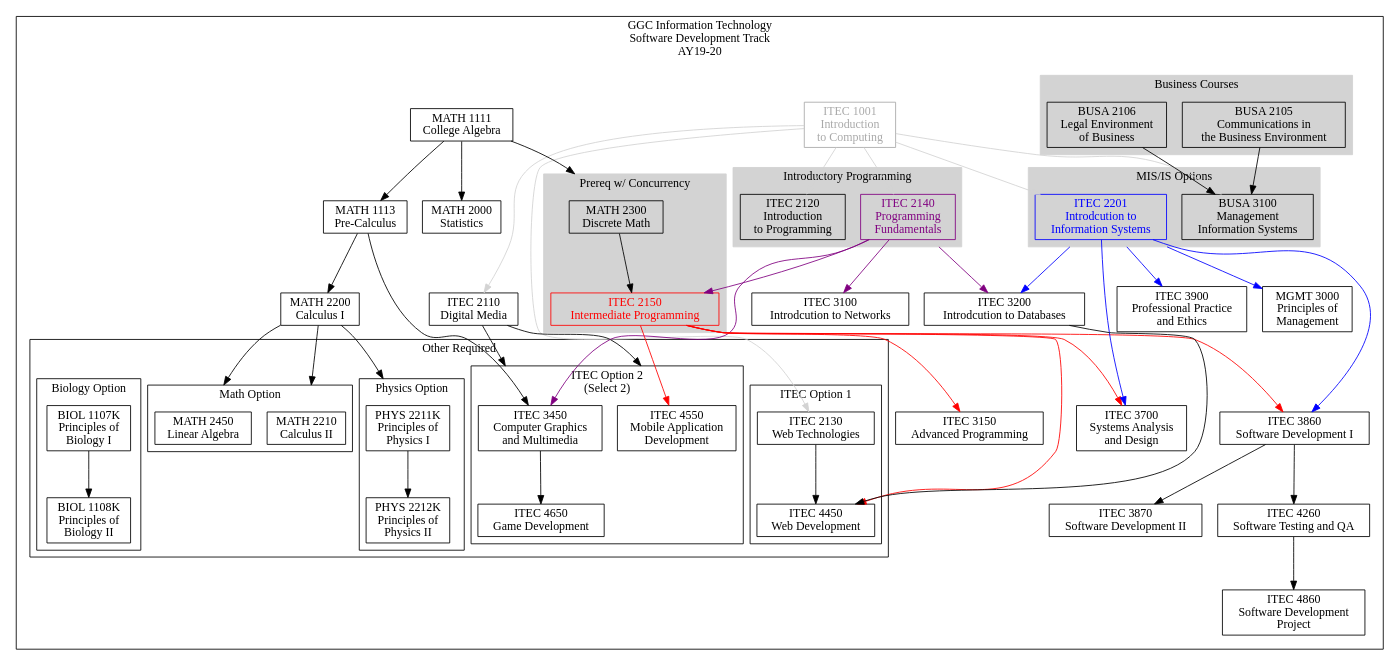
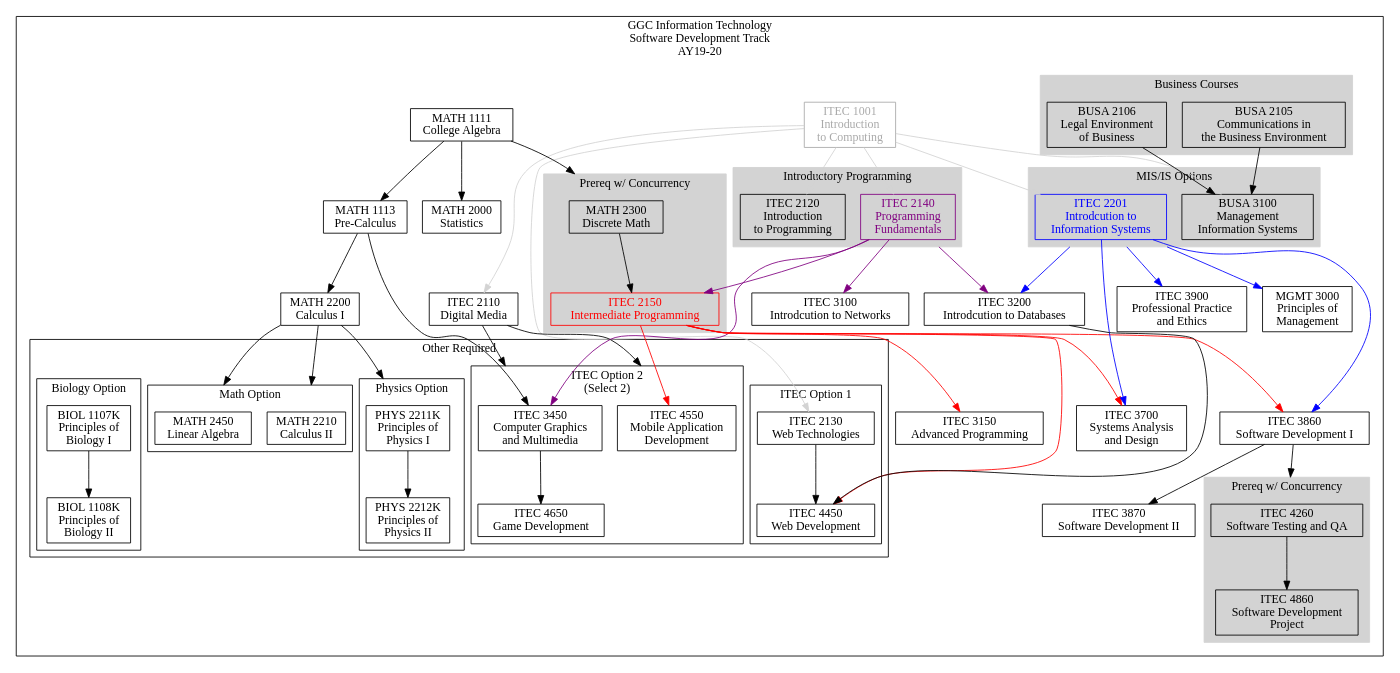
One commit to rjlutz/itec-plans changed the diagram in AY19-20/SoftwareDevelopment.dot. Above: the diagram before and after it, drawn with Graphviz. The commit also changed 1 other file, not shown here.

Commit message:
ITEC 4260/4860 is prereq w/concurrency, correct

```diff
--- a/AY19-20/SoftwareDevelopment.dot
+++ b/AY19-20/SoftwareDevelopment.dot
@@ -1,164 +1,172 @@
 digraph G {
 
     node [shape = record, fontname="Sans serif" fontsize="14"];
     compound = true //  needed to link clusters and nodes
     splines = true
     ranksep=0.75
 
      // All
     itec1001[label = "ITEC 1001\nIntroduction \nto Computing" color=darkgray fontcolor=darkgray]
     itec2110[label = "ITEC 2110\nDigital Media"]
     itec2120[label = "ITEC 2120\nIntroduction\nto Programming"]
     itec2130[label = "ITEC 2130\nWeb Technologies"]
     itec2140[label = "ITEC 2140\nProgramming \nFundamentals" color=purple fontcolor=purple]
     itec2150[label = "ITEC 2150\nIntermediate Programming" color=red fontcolor=red]
     itec2201[label = "ITEC 2201\nIntrodcution to\nInformation Systems" color=blue fontcolor=blue]
     itec3100[label = "ITEC 3100\nIntrodcution to Networks"]
     itec3200[label = "ITEC 3200\nIntrodcution to Databases"]
     itec3900[label = "ITEC 3900\nProfessional Practice\nand Ethics"]
     busa2105[label = "BUSA 2105\nCommunications in\nthe Business Environment"]
     busa2106[label = "BUSA 2106\nLegal Environment\nof Business"]
     busa3100[label = "BUSA 3100\nManagement \nInformation Systems"]
     math1111[label = "MATH 1111\nCollege Algebra"]
     math1113[label = "MATH 1113\nPre-Calculus"]
     math2300[label = "MATH 2300\nDiscrete Math"]
     math2000[label = "MATH 2000\nStatistics"]
     math2200[label = "MATH 2200\nCalculus I"]
     mgmt3000[label = "MGMT 3000\nPrinciples of\nManagement"]
 
     // Software Development 
     itec3150[label = "ITEC 3150\nAdvanced Programming"]
     itec3450[label = "ITEC 3450\nComputer Graphics\nand Multimedia"]
     itec3700[label = "ITEC 3700\nSystems Analysis\nand Design"]
     itec3860[label = "ITEC 3860\nSoftware Development I"]
     itec3870[label = "ITEC 3870\nSoftware Development II"]
     itec4260[label = "ITEC 4260\nSoftware Testing and QA"]
     itec4860[label = "ITEC 4860\nSoftware Development\nProject"]
     itec4450[label = "ITEC 4450\nWeb Development"]
     itec4550[label = "ITEC 4550\nMobile Application\nDevelopment"]
     itec4650[label = "ITEC 4650\nGame Development"]
     math2210[label = "MATH 2210\nCalculus II"]
     math2450[label = "MATH 2450\nLinear Algebra"]
     phys2211k[label = "PHYS 2211K\nPrinciples of\nPhysics I"]
     phys2212k[label = "PHYS 2212K\nPrinciples of\nPhysics II"]
     biol1107k[label = "BIOL 1107K\nPrinciples of\nBiology I"]
     biol1108k[label = "BIOL 1108K\nPrinciples of\nBiology II"]
 
 
     subgraph clustersd {
         label="GGC Information Technology\nSoftware Development Track\nAY19-20"
 
         subgraph clusterrequired {
             label=""
             node [style=filled];
             style=filled;
 
             color="#FFFFFF";
             
             itec1001 -> itec2110 [color=lightgray]
             itec1001 -> itec2120 [color=lightgray]
             itec1001 -> itec2130 [color=lightgray]
             itec1001 -> itec2201 [color=lightgray]
             itec1001 -> busa3100 [color=lightgray]
 
             busa2106 -> busa3100
             busa2105 -> busa3100
             itec1001 -> itec2140 [color=lightgray]
             itec2140 -> itec2150 [color=purple]
             itec2150 -> itec3150 [lltail=clusterdiscrete color=red]
 
             itec2140 -> itec3100 [color=purple]
             itec2201 -> itec3200 [color=blue ltail=cluster22013100];
             itec2140 -> itec3200 [ltail=cluster21202140 color=purple]
 
             itec2150 -> itec3700 [lltail=clusterdiscrete color=red]
             itec2201 -> itec3700 [color=blue]
 
             itec2150 -> itec3860 [color=red]
             itec2201 -> itec3860 [color=blue]
             itec3860 -> itec3870
             itec2201 -> itec3900 [ltail=cluster22013100 color=blue]
-            itec3860 -> itec4260 -> itec4860
+            itec3860 -> itec4260 [lhead=clusterQA]
             itec2201 -> mgmt3000 [ltail=cluster22013100 color=blue]
 
             math1113 -> math2200
             math1111 -> math1113
             math1111 -> math2000
             math1111 -> math2300 [lhead=clusterdiscrete]
             math2200 -> math2210 [lhead=clustermathopt]
             math2200 -> math2450 [lhead=clustermathopt]
             itec3200 -> itec4450
 
             math1113 -> itec3450
             itec2110 -> itec3450 [lhead=clusteritecopt2]
             itec2140 -> itec3450 [color=purple]
             itec2110 -> itec4550 [lhead=clusteritecopt2]
             math2200 -> phys2211k [lhead=clusterphysopt]
             itec2150 -> itec4550 [color=red]
 
             subgraph cluster21202140 {
                 label = "Introductory Programming";
                 color=lightgrey;
                 itec2120
                 itec2140
             }
             subgraph cluster22013100 {
                 label = "MIS/IS Options";
                 color=lightgrey;
                 itec2201
                 busa3100
             }
             subgraph cluster21052106 {
                 label = "Business Courses"
                 color=lightgrey;
                 busa2105
                 busa2106
             }
             
             subgraph clusterdiscrete {
                 label = "Prereq w/ Concurrency";
                 node [style=filled];
                 style=filled;
                 color=lightgrey;
                 math2300 -> itec2150
             }
 
+            subgraph clusterQA {
+                label = "Prereq w/ Concurrency";
+                node [style=filled];
+                style=filled;
+                color=lightgrey;
+                itec4260 -> itec4860
+            }
+
             subgraph clusterotherrequired {
                 label = "Other Required"
                 node [style=filled];
                 style=filled;
                 graph[style=solid]
                 color=black;
 
                 subgraph clusteritecopt1 {
                     label = "ITEC Option 1";
                     itec2130 -> itec4450
                     itec2150 -> itec4450 [color=red]
                 }
 
                 subgraph clusteritecopt2 {
                     label = "ITEC Option 2\n(Select 2)";
                     
                     itec3450 -> itec4650
                     itec4550
                 }
 
                 subgraph clusterbiolopt {
                     label = "Biology Option";
                     biol1107k -> biol1108k
                 }
 
                 subgraph clustermathopt {
                     label = "Math Option";
                     math2210
                     math2450
                 }
 
                 subgraph clusterphysopt {
                     label = "Physics Option"
                     phys2211k -> phys2212k
                 }
             }
         }    
     }
 }
```
